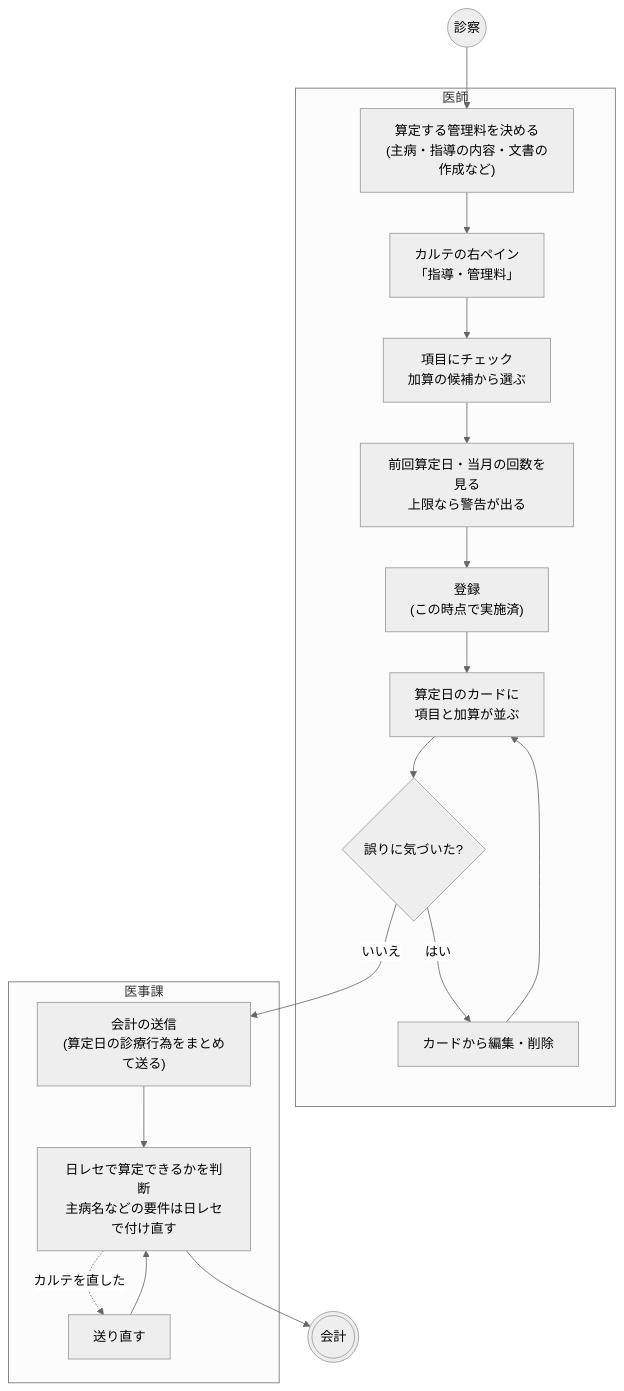
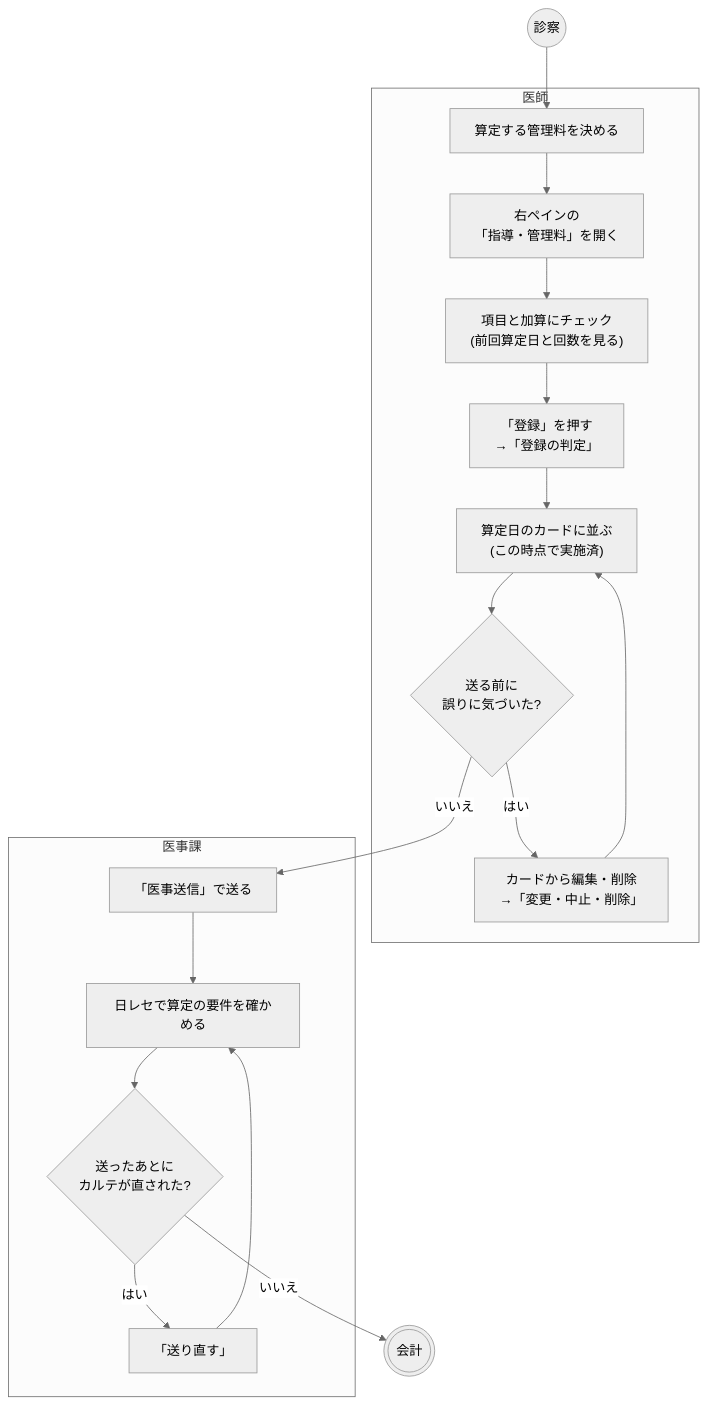
Before and after one commit to ysnr-dev/fhir-client-docs: the first of 4 diagrams in docs/flows/medical-management.md, drawn with Mermaid (neutral theme). The commit also changed other lines of this file and 43 other files, not shown here.

Commit message:
docs: 業務フローとシーケンス図を写し直し

````diff
--- a/docs/flows/medical-management.md
+++ b/docs/flows/medical-management.md
@@ -54,27 +21,28 @@
 ```mermaid
 flowchart TD
   start(("診察"))
   finish((("会計")))
 
   subgraph doctor["医師"]
-    decide["算定する管理料を決める<br/>(主病・指導の内容・文書の作成など)"]
-    open["カルテの右ペイン<br/>「指導・管理料」"]
-    check["項目にチェック<br/>加算の候補から選ぶ"]
-    history["前回算定日・当月の回数を見る<br/>上限なら警告が出る"]
-    save["登録<br/>(この時点で実施済)"]
-    card["算定日のカードに<br/>項目と加算が並ぶ"]
-    wrong{"誤りに気づいた?"}
-    edit["カードから編集・削除"]
+    decide["算定する管理料を決める"]
+    open["右ペインの<br/>「指導・管理料」を開く"]
+    check["項目と加算にチェック<br/>(前回算定日と回数を見る)"]
+    save["「登録」を押す<br/>→「登録の判定」"]
+    card["算定日のカードに並ぶ<br/>(この時点で実施済)"]
+    wrong{"送る前に<br/>誤りに気づいた?"}
+    edit["カードから編集・削除<br/>→「変更・中止・削除」"]
   end
 
   subgraph clerk["医事課"]
-    send["会計の送信<br/>(算定日の診療行為をまとめて送る)"]
-    orca["日レセで算定できるかを判断<br/>主病名などの要件は日レセで付け直す"]
-    resend["送り直す"]
+    send["「医事送信」で送る"]
+    orca["日レセで算定の要件を確かめる"]
+    fixed{"送ったあとに<br/>カルテが直された?"}
+    resend["「送り直す」"]
   end
 
-  start --> decide --> open --> check --> history --> save --> card --> wrong
-  wrong -- "いいえ" --> send --> orca --> finish
+  start --> decide --> open --> check --> save --> card --> wrong
   wrong -- "はい" --> edit --> card
-  orca -. "カルテを直した" .-> resend --> orca
+  wrong -- "いいえ" --> send --> orca --> fixed
+  fixed -- "はい" --> resend --> orca
+  fixed -- "いいえ" --> finish
 ```
````
